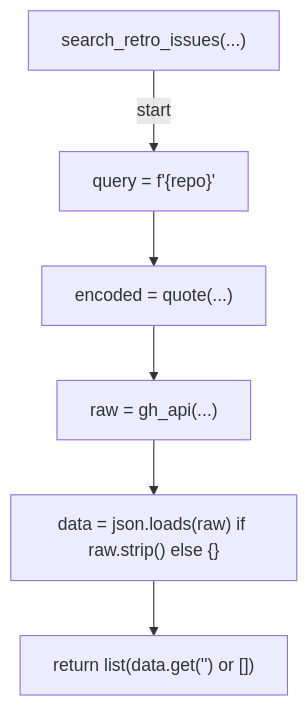
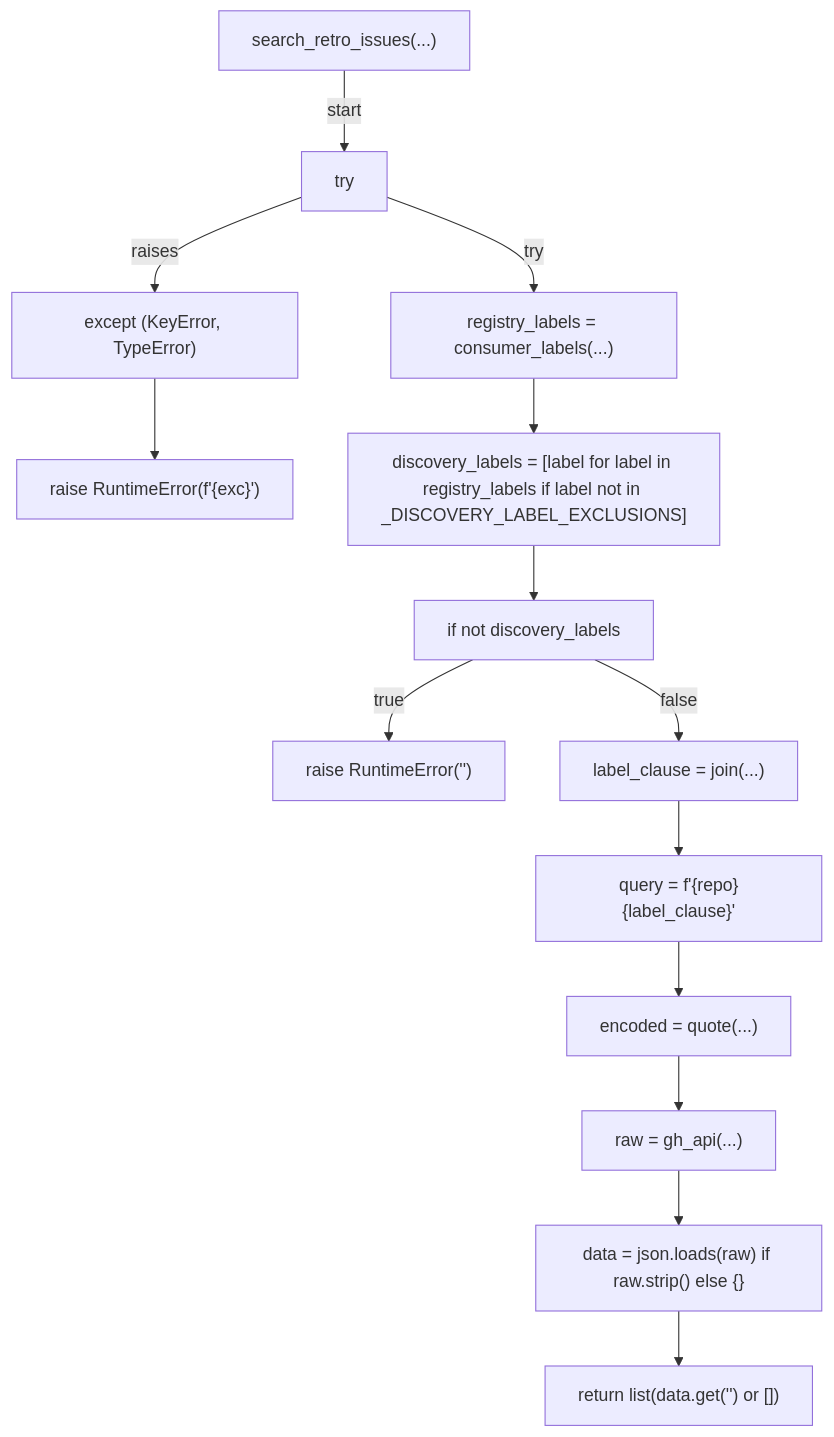
Diagram 11 of 20 in docs/generated/scripts/ast/scan_retro_followup_drift.md (tvna/claude-md), drawn with Mermaid before and after one commit. The commit also changed other lines of this file and 1 other file, not shown here.

Commit message:
docs(generated): regenerate decision tree and workflow diagrams
Refs #960

````diff
--- a/docs/generated/scripts/ast/scan_retro_followup_drift.md
+++ b/docs/generated/scripts/ast/scan_retro_followup_drift.md
@@ -193,14 +193,30 @@
 ```mermaid
 flowchart TD
     N001["search_retro_issues(...)"]
-    N002["query = f'<str>{repo}<str>'"]
-    N003["encoded = quote(...)"]
-    N004["raw = gh_api(...)"]
-    N005["data = json.loads(raw) if raw.strip() else {}"]
-    N006["return list(data.get('<str>') or [])"]
+    N002["try"]
+    N003["registry_labels = consumer_labels(...)"]
+    N004["except (KeyError, TypeError)"]
+    N005["raise RuntimeError(f'<str>{exc}')"]
+    N006["discovery_labels = [label for label in registry_labels if label not in _DISCOVERY_LABEL_EXCLUSIONS]"]
+    N007["if not discovery_labels"]
+    N008["raise RuntimeError('<str>')"]
+    N009["label_clause = join(...)"]
+    N010["query = f'<str>{repo}<str>{label_clause}<str>'"]
+    N011["encoded = quote(...)"]
+    N012["raw = gh_api(...)"]
+    N013["data = json.loads(raw) if raw.strip() else {}"]
+    N014["return list(data.get('<str>') or [])"]
     N001 -->|"start"| N002
-    N002 --> N003
-    N003 --> N004
+    N002 -->|"try"| N003
+    N002 -->|"raises"| N004
     N004 --> N005
-    N005 --> N006
+    N003 --> N006
+    N006 --> N007
+    N007 -->|"true"| N008
+    N007 -->|"false"| N009
+    N009 --> N010
+    N010 --> N011
+    N011 --> N012
+    N012 --> N013
+    N013 --> N014
 ```
````
